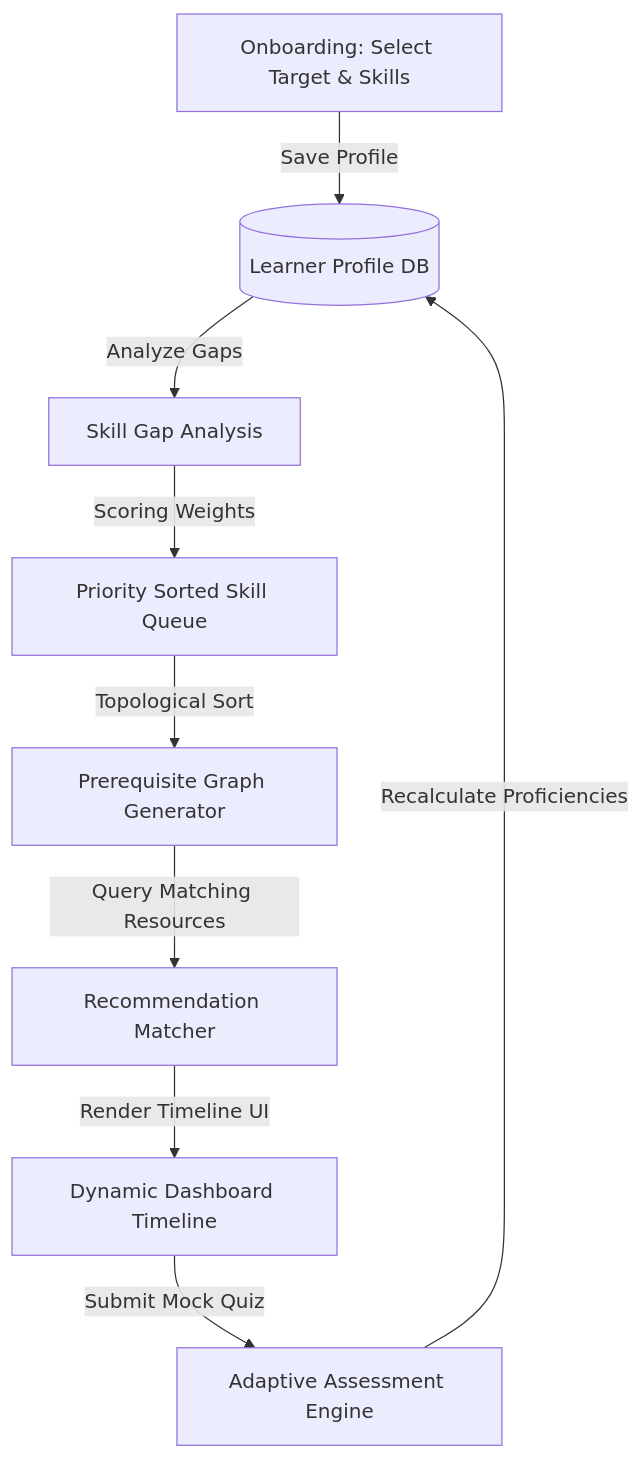
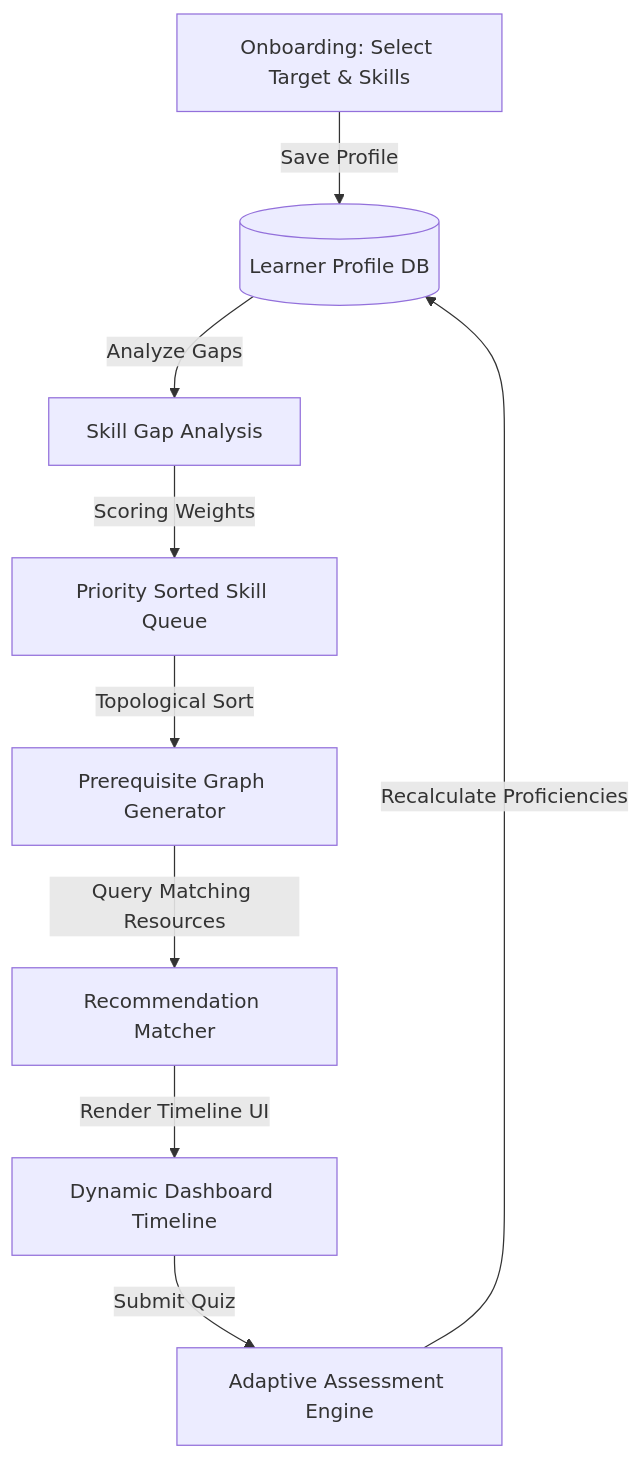
The second of 2 diagrams in Readme.md (bhabana2504/PathFinder), drawn with Mermaid before and after one commit. The commit also changed other lines of this file, not shown here.

Commit message:
fix(docs): fix Mermaid diagram syntax for GitHub markdown rendering

````diff
--- a/Readme.md
+++ b/Readme.md
@@ -105,11 +78,11 @@
 ```mermaid
-graph TD
-    Onboarding[Onboarding: Select Target & Skills] -->|Save Profile| DB[(Learner Profile DB)]
-    DB -->|Analyze Gaps| Gap[Skill Gap Analysis]
-    Gap -->|Scoring Weights| Queue[Priority Sorted Skill Queue]
-    Queue -->|Topological Sort| Graph[Prerequisite Graph Generator]
-    Graph -->|Query Matching Resources| Matcher[Recommendation Matcher]
-    Matcher -->|Render Timeline UI| Dashboard[Dynamic Dashboard Timeline]
-    Dashboard -->|Submit Mock Quiz| Assessment[Adaptive Assessment Engine]
+flowchart TD
+    Onboarding["Onboarding: Select Target & Skills"] -->|Save Profile| DB[("Learner Profile DB")]
+    DB -->|Analyze Gaps| Gap["Skill Gap Analysis"]
+    Gap -->|Scoring Weights| Queue["Priority Sorted Skill Queue"]
+    Queue -->|Topological Sort| Graph["Prerequisite Graph Generator"]
+    Graph -->|Query Matching Resources| Matcher["Recommendation Matcher"]
+    Matcher -->|Render Timeline UI| Dashboard["Dynamic Dashboard Timeline"]
+    Dashboard -->|Submit Quiz| Assessment["Adaptive Assessment Engine"]
     Assessment -->|Recalculate Proficiencies| DB
 ```
````
